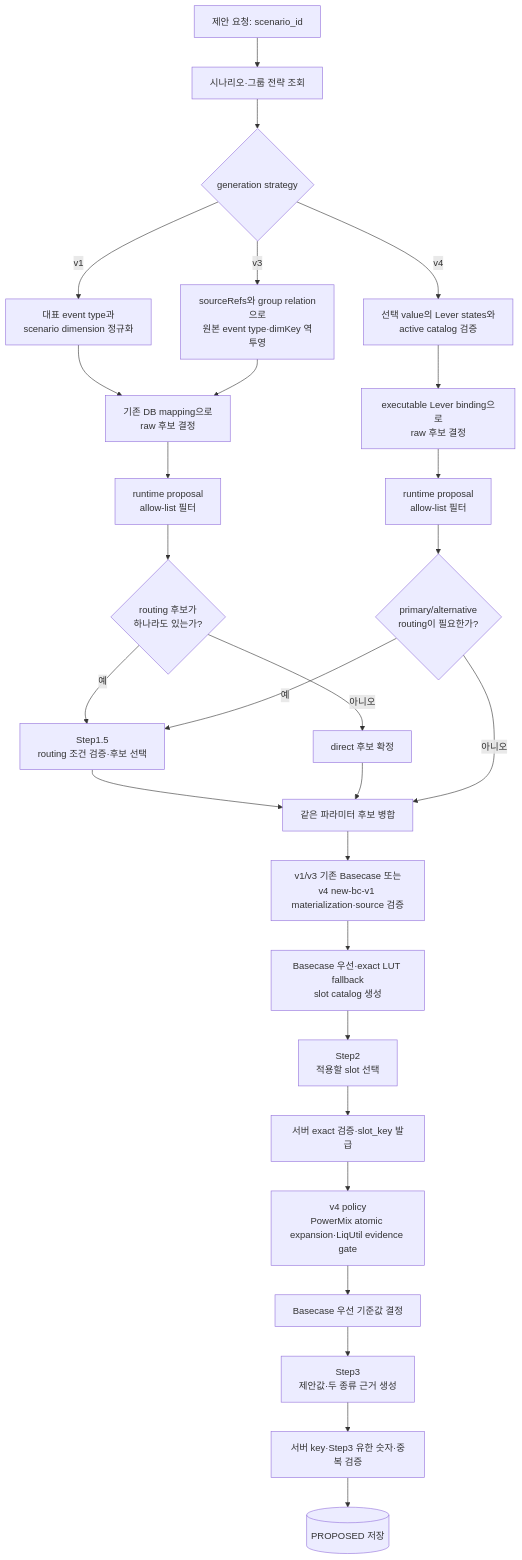
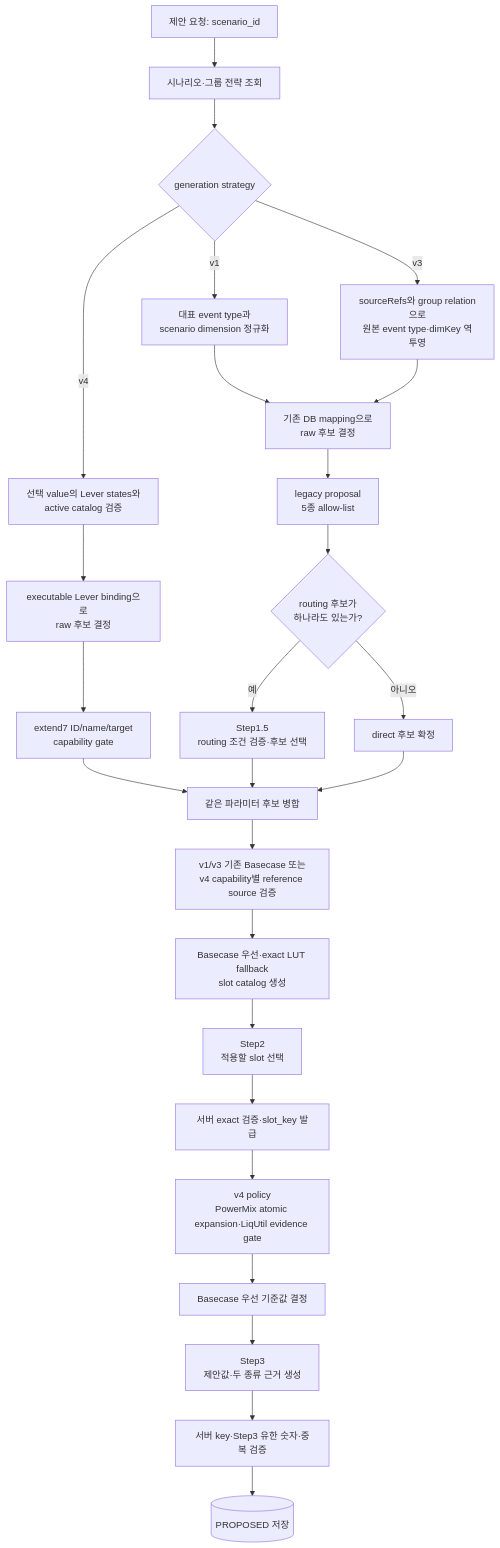
The first of 4 diagrams in docs/agents/model_parameter_agent/04_MODEL_PARAMETER_AGENT_FLOW.md (enkhbaatarL/skmip-mi-agent), drawn with Mermaid before and after one commit. The commit also changed other lines of this file and 56 other files, not shown here.

````diff
--- a/docs/agents/model_parameter_agent/04_MODEL_PARAMETER_AGENT_FLOW.md
+++ b/docs/agents/model_parameter_agent/04_MODEL_PARAMETER_AGENT_FLOW.md
@@ -48,30 +48,28 @@
 ```mermaid
 flowchart TD
     A[제안 요청: scenario_id] --> B[시나리오·그룹 전략 조회]
     B --> V{generation strategy}
     V -- v1 --> C1[대표 event type과\nscenario dimension 정규화]
     V -- v3 --> C2[sourceRefs와 group relation으로\n원본 event type·dimKey 역투영]
     V -- v4 --> C3[선택 value의 Lever states와\nactive catalog 검증]
     C1 --> C[기존 DB mapping으로\nraw 후보 결정]
     C2 --> C
     C3 --> C4[executable Lever binding으로\nraw 후보 결정]
-    C --> R1[runtime proposal\nallow-list 필터]
-    C4 --> R4[runtime proposal\nallow-list 필터]
+    C --> R1[legacy proposal\n5종 allow-list]
+    C4 --> R4[extend7 ID/name/target\ncapability gate]
     R1 --> D{routing 후보가<br/>하나라도 있는가?}
-    R4 --> D4{primary/alternative\nrouting이 필요한가?}
+    R4 --> G
     D -- 예 --> E[Step1.5<br/>routing 조건 검증·후보 선택]
     D -- 아니오 --> F[direct 후보 확정]
     E --> G[같은 파라미터 후보 병합]
     F --> G
-    D4 -- 예 --> E
-    D4 -- 아니오 --> G
-    G --> H[v1/v3 기존 Basecase 또는<br/>v4 new-bc-v1 materialization·source 검증]
+    G --> H[v1/v3 기존 Basecase 또는<br/>v4 capability별 reference source 검증]
     H --> H2[Basecase 우선·exact LUT fallback<br/>slot catalog 생성]
     H2 --> I[Step2<br/>적용할 slot 선택]
     I --> J[서버 exact 검증·slot_key 발급]
     J --> P[v4 policy<br/>PowerMix atomic expansion·LiqUtil evidence gate]
     P --> K[Basecase 우선 기준값 결정]
     K --> L[Step3<br/>제안값·두 종류 근거 생성]
     L --> M[서버 key·Step3 유한 숫자·중복 검증]
     M --> N[(PROPOSED 저장)]
 ```
````
